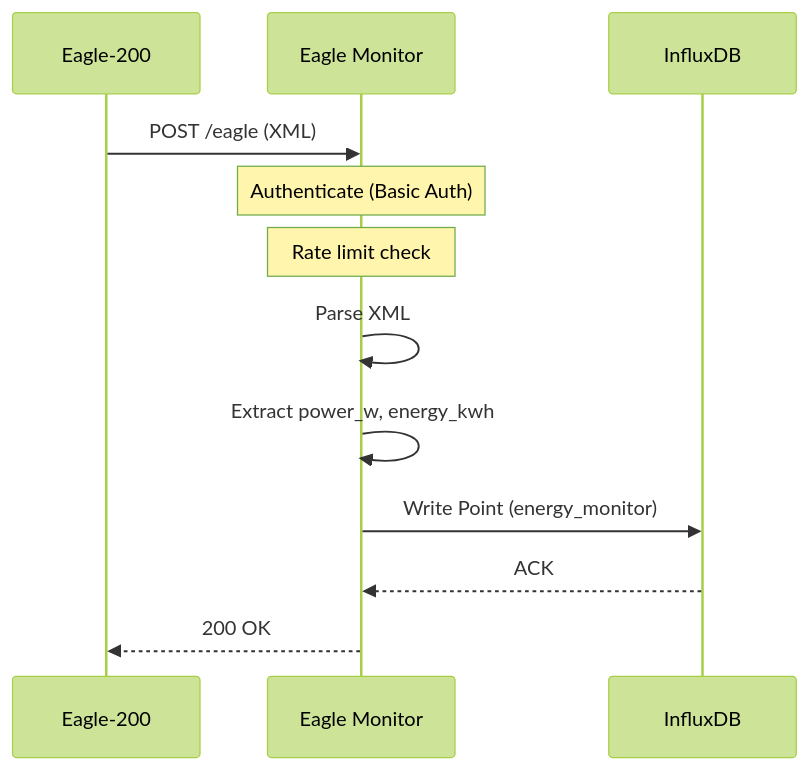
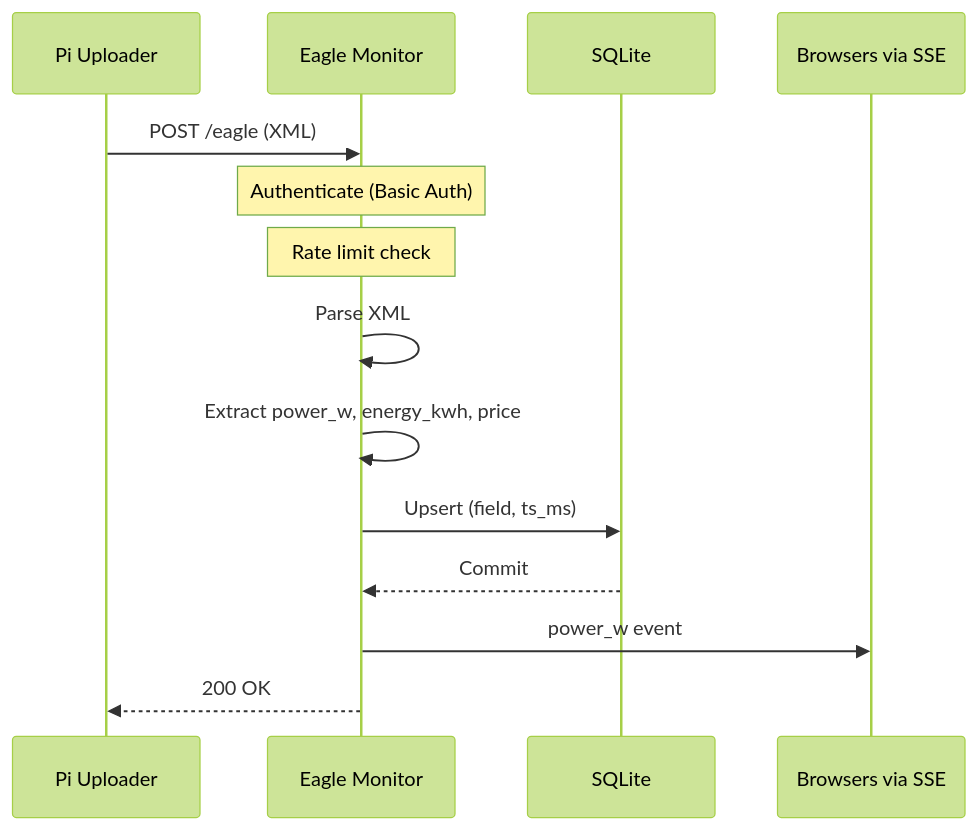
One commit to murr2k/linknode-com changed the third of 9 diagrams in docs/THEORY_OF_OPERATION.md. Above: the diagram before and after it, drawn with Mermaid (forest theme). The commit also changed other lines of this file and 47 other files, not shown here.

````diff
--- a/docs/THEORY_OF_OPERATION.md
+++ b/docs/THEORY_OF_OPERATION.md
@@ -105,15 +153,17 @@
 ```mermaid
 sequenceDiagram
-    participant E as Eagle-200
+    participant P as Pi Uploader
     participant M as Eagle Monitor
-    participant I as InfluxDB
+    participant D as SQLite
+    participant B as Browsers via SSE
 
-    E->>M: POST /eagle (XML)
+    P->>M: POST /eagle (XML)
     Note over M: Authenticate (Basic Auth)
     Note over M: Rate limit check
     M->>M: Parse XML
-    M->>M: Extract power_w, energy_kwh
-    M->>I: Write Point (energy_monitor)
-    I-->>M: ACK
-    M-->>E: 200 OK
+    M->>M: Extract power_w, energy_kwh, price
+    M->>D: Upsert (field, ts_ms)
+    D-->>M: Commit
+    M->>B: power_w event
+    M-->>P: 200 OK
 ```
````
